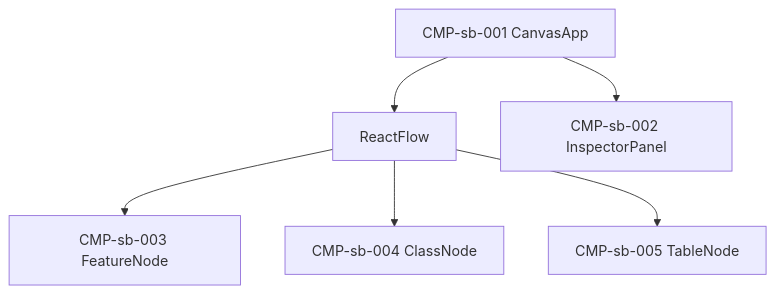
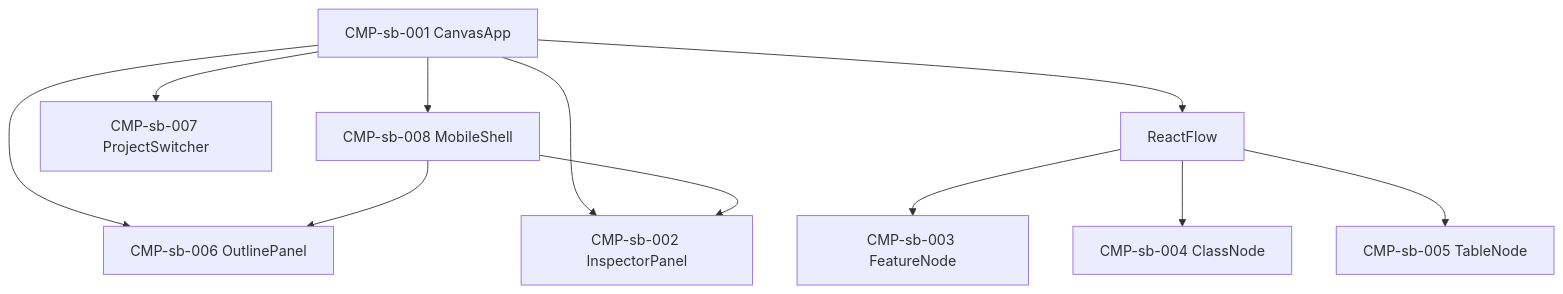
The diagram in docs/design/spec-browser/features/spec-browser/components.md (nittohbs-dev/HotStreak), drawn with Mermaid before and after one commit. The commit also changed other lines of this file and 13 other files, not shown here.

````diff
--- a/docs/design/spec-browser/features/spec-browser/components.md
+++ b/docs/design/spec-browser/features/spec-browser/components.md
@@ -7,8 +5,13 @@
 ```mermaid
 flowchart TD
-  App[CMP-sb-001 CanvasApp] --> Flow[ReactFlow]
+  App[CMP-sb-001 CanvasApp] --> Shell[CMP-sb-008 MobileShell]
+  App --> Switcher[CMP-sb-007 ProjectSwitcher]
+  App --> Outline[CMP-sb-006 OutlinePanel]
+  App --> Flow[ReactFlow]
   App --> Insp[CMP-sb-002 InspectorPanel]
   Flow --> FN[CMP-sb-003 FeatureNode]
   Flow --> CN[CMP-sb-004 ClassNode]
   Flow --> TN[CMP-sb-005 TableNode]
+  Shell --> Outline
+  Shell --> Insp
 ```
````
